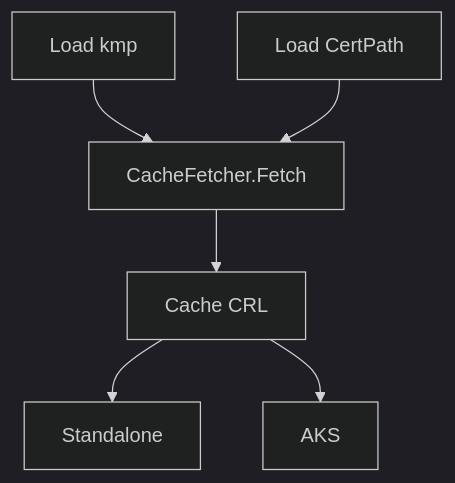
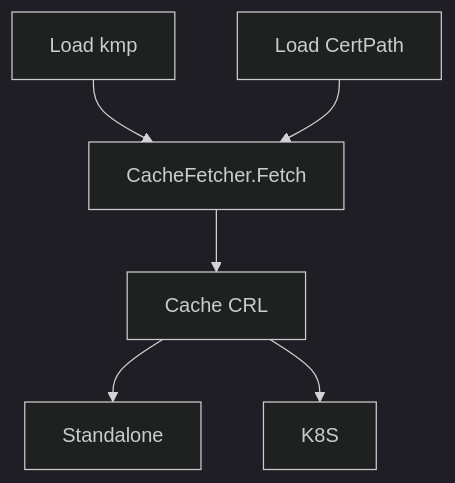
Before and after one commit to ratify-project/ratify: the diagram in docs/design/Certificate Revocation Lists.md, drawn with Mermaid (dark theme). The commit also changed other lines of this file, not shown here.

````diff
--- a/docs/design/Certificate Revocation Lists.md
+++ b/docs/design/Certificate Revocation Lists.md
@@ -31,15 +39,15 @@
 ```mermaid
 flowchart TD
   A["Load kmp"]
   B["Load CertPath"]
   C["CacheFetcher.Fetch"]
   D["Cache CRL"]
   E["Standalone"]
-  F["AKS"]
+  F["K8S"]
 
   A --> C
   B --> C
   C --> D
   D --> E
   D --> F
 ```
````
